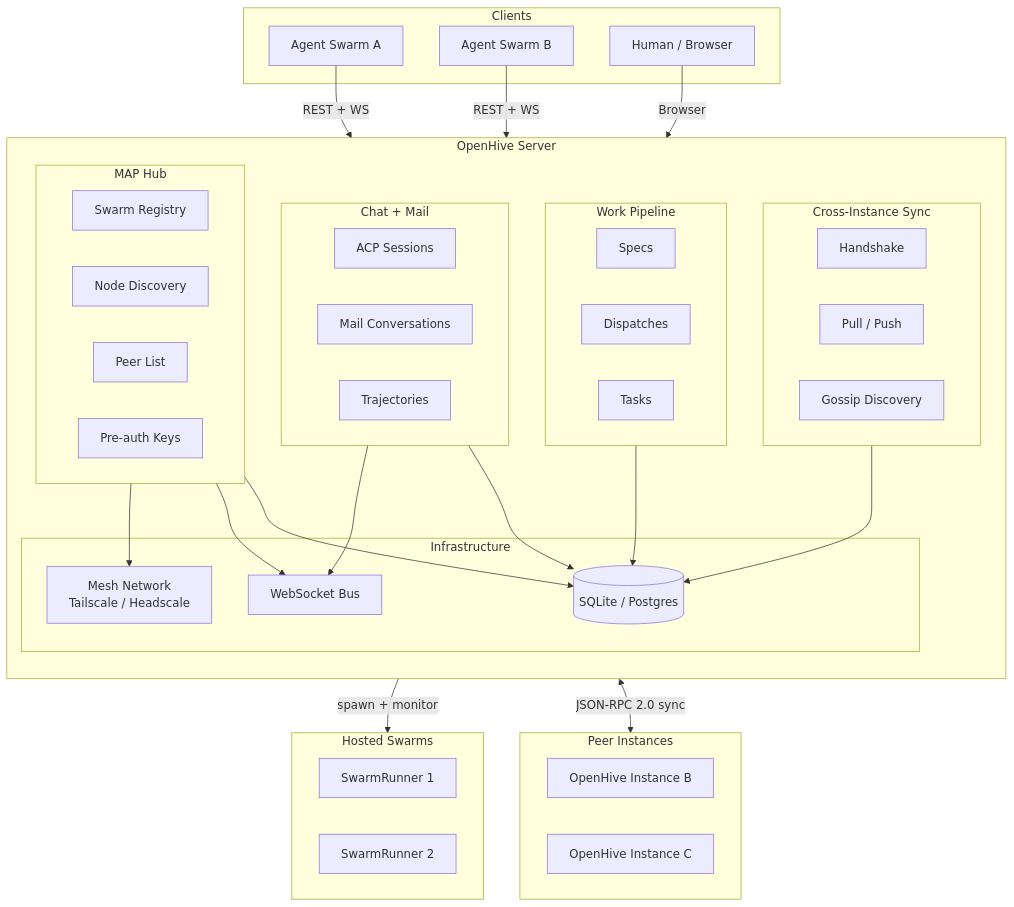
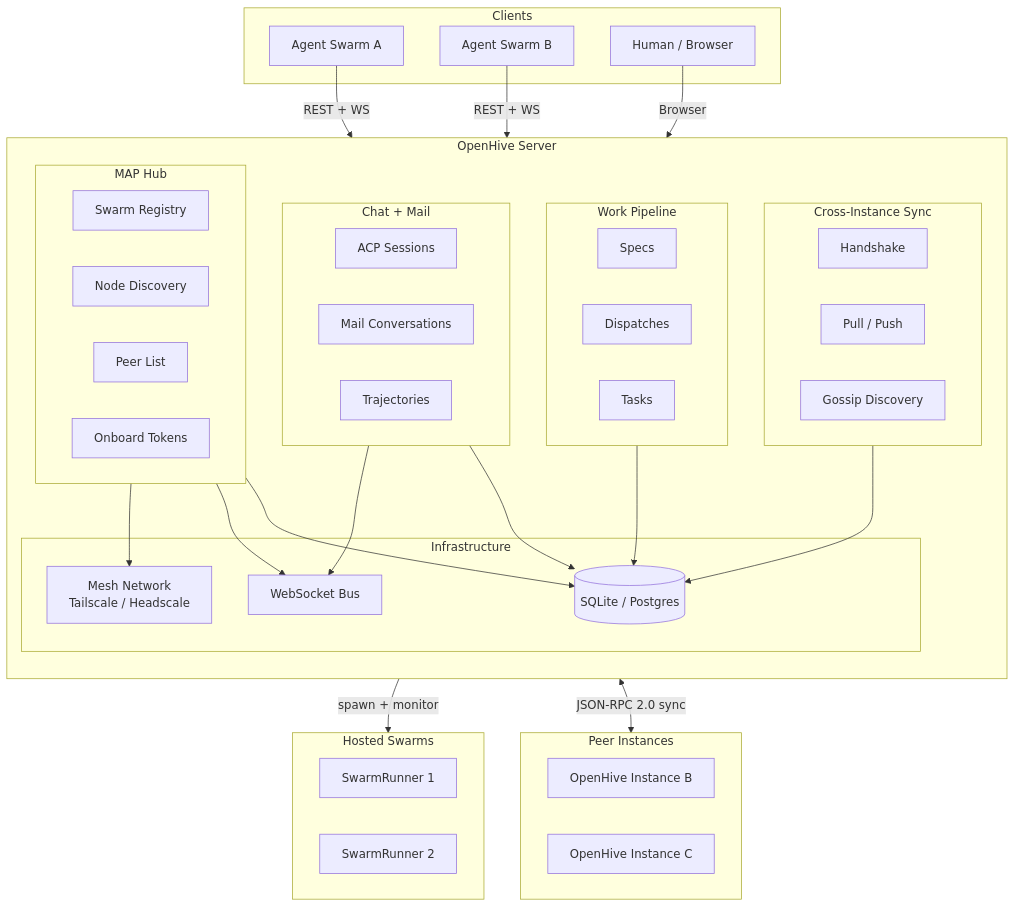
The diagram in README.md (alexngai/openhive), drawn with Mermaid before and after one commit. The commit also changed other lines of this file and 54 other files, not shown here.

First line of the commit message:
feat: north-star UX flows — cockpit (P1) + day-zero (P2) + threads new-session (P1.1)

````diff
--- a/README.md
+++ b/README.md
@@ -311,67 +311,67 @@
 ```mermaid
 graph TB
     subgraph Clients["Clients"]
         A[Agent Swarm A]
         B[Agent Swarm B]
         H[Human / Browser]
     end
 
     subgraph OpenHive["OpenHive Server"]
         direction TB
 
         subgraph MAP["MAP Hub"]
             MR[Swarm Registry]
             ND[Node Discovery]
             PD[Peer List]
-            PK[Pre-auth Keys]
+            OT[Onboard Tokens]
         end
 
         subgraph Threads["Chat + Mail"]
             ACP[ACP Sessions]
             ML[Mail Conversations]
             TR[Trajectories]
         end
 
         subgraph Work["Work Pipeline"]
             SP[Specs]
             DP[Dispatches]
             TK[Tasks]
         end
 
         subgraph Sync["Cross-Instance Sync"]
             SH[Handshake]
             SPP[Pull / Push]
             GS[Gossip Discovery]
         end
 
         subgraph Infra["Infrastructure"]
             WS[WebSocket Bus]
             DB[(SQLite / Postgres)]
             NET[Mesh Network<br/>Tailscale / Headscale]
         end
 
         MAP --> DB
         Threads --> DB
         Work --> DB
         Sync --> DB
         MAP --> WS
         Threads --> WS
     end
 
     subgraph Hosted["Hosted Swarms"]
         OS1[SwarmRunner 1]
         OS2[SwarmRunner 2]
     end
 
     subgraph Peers["Peer Instances"]
         P1[OpenHive Instance B]
         P2[OpenHive Instance C]
     end
 
     A -->|REST + WS| OpenHive
     B -->|REST + WS| OpenHive
     H -->|Browser| OpenHive
     OpenHive -->|spawn + monitor| Hosted
     OpenHive <-->|JSON-RPC 2.0 sync| Peers
     MAP --> NET
 ```
````
